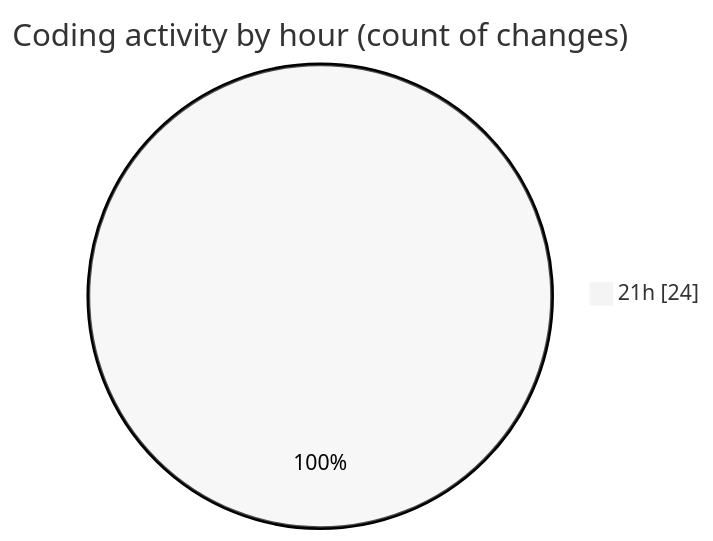
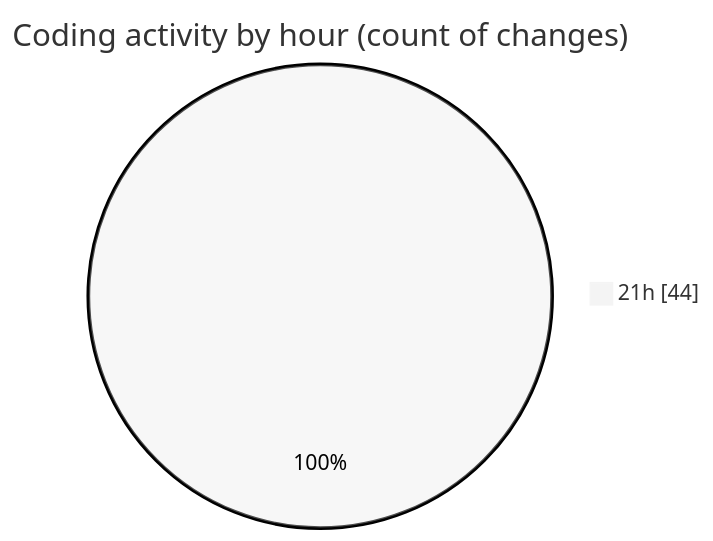
The second of 2 diagrams in 2025-02-08/runner/README.md (charlie-sans/code-tracking), drawn with Mermaid (neutral theme) before and after one commit. The commit also changed other lines of this file and 1 other file, not shown here.

````diff
--- a/2025-02-08/runner/README.md
+++ b/2025-02-08/runner/README.md
@@ -32,5 +32,5 @@
 ```mermaid
 pie showData
 title Coding activity by hour (count of changes)
-"21h" : 24
+"21h" : 44
 ```
````
